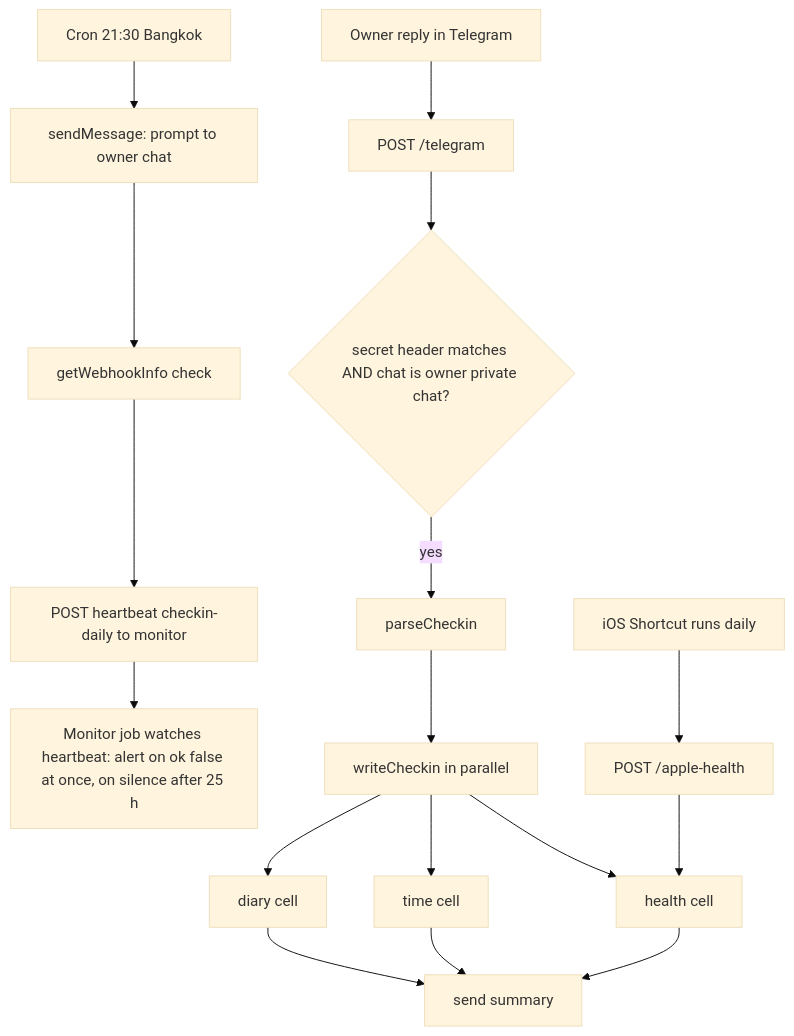
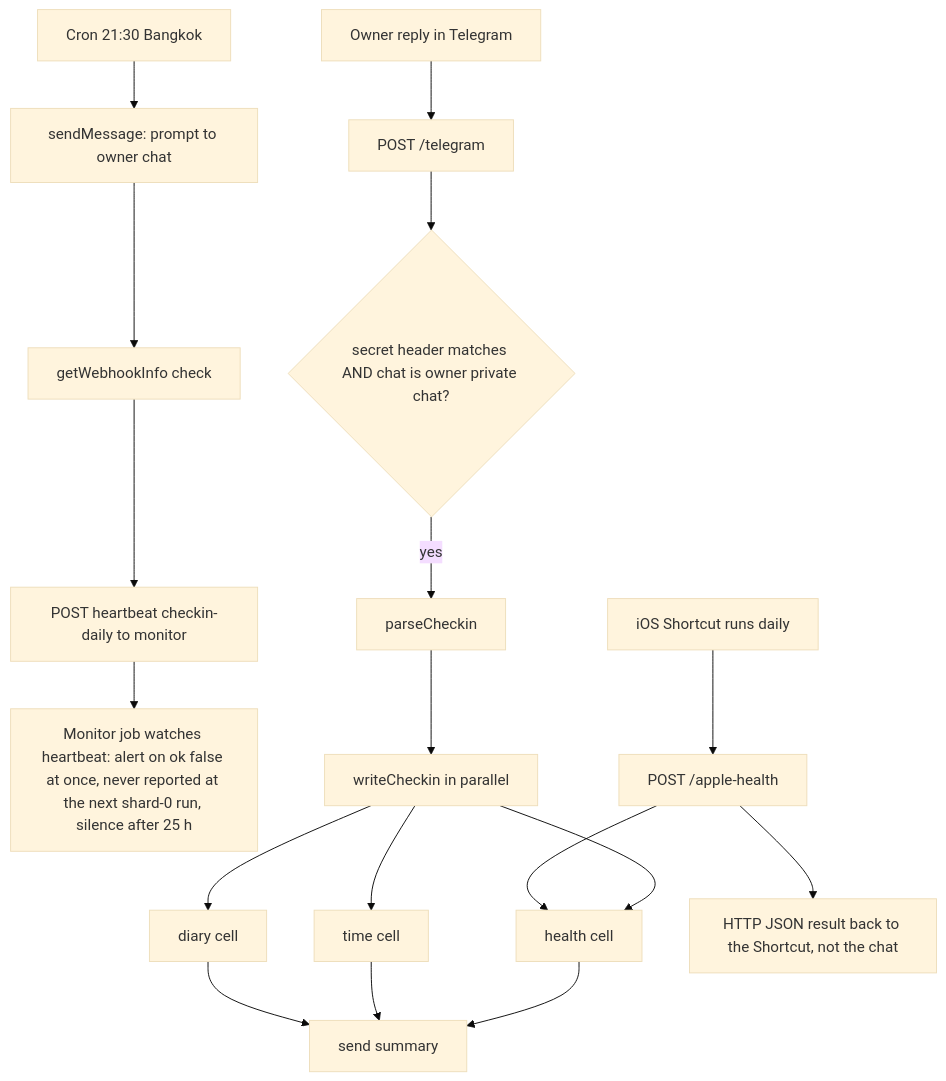
One commit to bookchaowalit/life-checkin-worker changed the second of 2 diagrams in docs/diagrams/01-business-process.md. Above: the diagram before and after it, drawn with Mermaid (base theme). The commit also changed other lines of this file, not shown here.

````diff
--- a/docs/diagrams/01-business-process.md
+++ b/docs/diagrams/01-business-process.md
@@ -40,19 +42,20 @@
 ```mermaid
 flowchart TD
   CRON["Cron 21:30 Bangkok"] --> PROMPT["sendMessage: prompt to owner chat"]
   PROMPT --> WH["getWebhookInfo check"]
   WH --> HB["POST heartbeat checkin-daily to monitor"]
-  HB --> MON["Monitor job watches heartbeat: alert on ok false at once, on silence after 25 h"]
+  HB --> MON["Monitor job watches heartbeat: alert on ok false at once, never reported at the next shard-0 run, silence after 25 h"]
   OWNER["Owner reply in Telegram"] --> TG["POST /telegram"]
   TG --> SEC{"secret header matches AND chat is owner private chat?"}
   SEC -->|yes| PARSE["parseCheckin"]
   PARSE --> WRITE["writeCheckin in parallel"]
   WRITE --> HEALTH["health cell"]
   WRITE --> TIME["time cell"]
   WRITE --> DIARY["diary cell"]
   HEALTH --> SUM["send summary"]
   TIME --> SUM
   DIARY --> SUM
   SHORTCUT["iOS Shortcut runs daily"] --> AH["POST /apple-health"]
   AH --> HEALTH
+  AH --> AHRES["HTTP JSON result back to the Shortcut, not the chat"]
 ```
````
